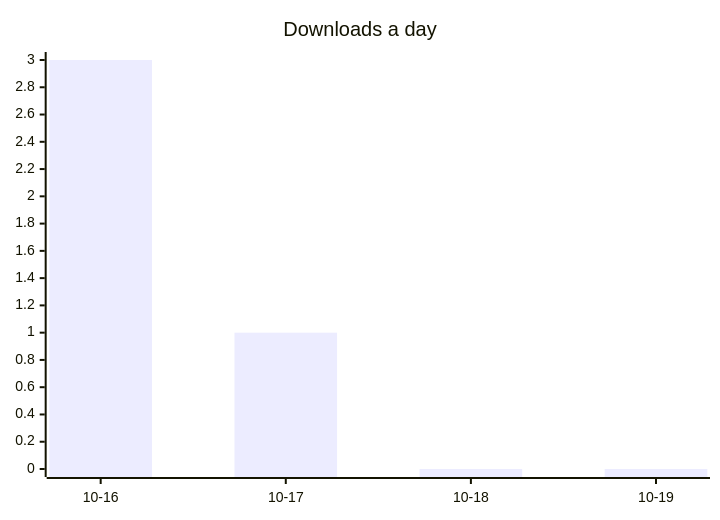
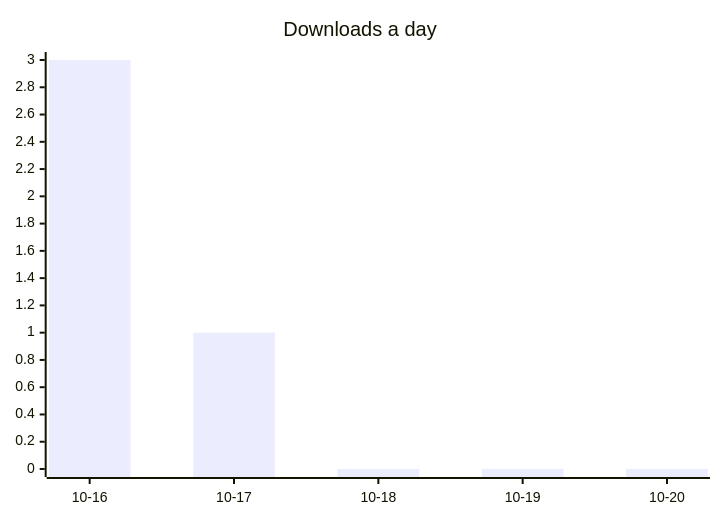
The first of 2 diagrams in README.md (ArtemkaGoldMan/ContextSwitcher), drawn with Mermaid before and after one commit. The commit also changed other lines of this file and 5 other files, not shown here.

````diff
--- a/README.md
+++ b/README.md
@@ -29,6 +29,6 @@
 ```mermaid
 xychart-beta
     title "Downloads a day"
-    x-axis ["10-16", "10-17", "10-18", "10-19"]
-    bar [3, 1, 0, 0]
+    x-axis ["10-16", "10-17", "10-18", "10-19", "10-20"]
+    bar [3, 1, 0, 0, 0]
 ```
````
